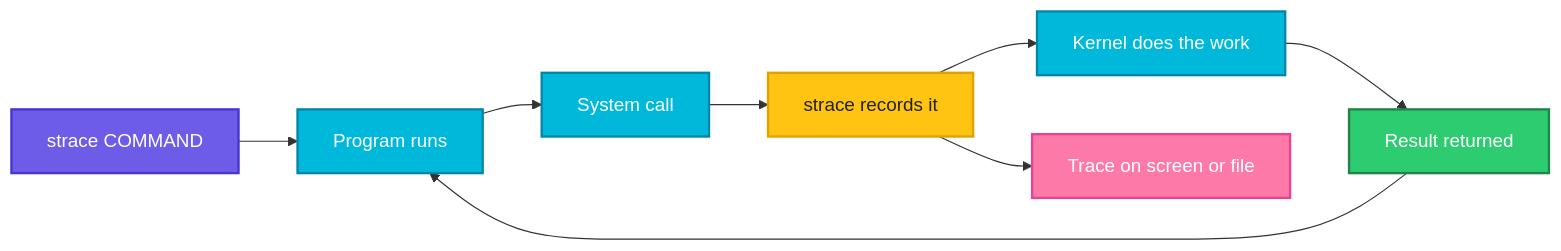
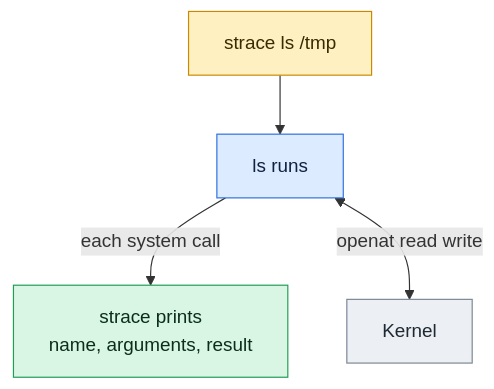
One commit to codeKerdosTech/DevOps-Documentation changed the diagram in linux/process-management/strace.md. Above: the diagram before and after it, drawn with Mermaid. The commit also changed other lines of this file and 165 other files, not shown here.

Commit message:
updated diagrams in linux

````diff
--- a/linux/process-management/strace.md
+++ b/linux/process-management/strace.md
@@ -15,20 +15,15 @@
 ```mermaid
-flowchart LR
-    A[strace COMMAND] --> B[Program runs]
-    B --> C[System call]
-    C --> D[strace records it]
-    D --> E[Kernel does the work]
-    E --> F[Result returned]
-    F --> B
-    D --> G[Trace on screen or file]
-    classDef start fill:#6C5CE7,stroke:#4834D4,stroke-width:2px,color:#fff
-    classDef proc fill:#00B8D9,stroke:#0087A8,stroke-width:2px,color:#fff
-    classDef dec fill:#FFC312,stroke:#E1A100,stroke-width:2px,color:#222
-    classDef ok fill:#2ECC71,stroke:#1E8449,stroke-width:2px,color:#fff
-    classDef out fill:#FD79A8,stroke:#E84393,stroke-width:2px,color:#fff
-    class A start
-    class B,C,E proc
-    class D dec
-    class F ok
-    class G out
+flowchart TD
+    c1[strace ls /tmp] --> i1[ls runs]
+    i1 -->|each system call| o1[strace prints<br/>name, arguments, result]
+    i1 <-->|openat  read  write| n1[Kernel]
+    classDef inp fill:#DCEBFF,stroke:#2F6FDE,color:#10213F
+    classDef cmd fill:#FFF0C2,stroke:#C98A00,color:#3A2A00
+    classDef out fill:#D9F5E3,stroke:#1F9D55,color:#0B2E1A
+    classDef bad fill:#FDE0E0,stroke:#D13B3B,color:#4A0F0F
+    classDef note fill:#ECEFF3,stroke:#7B8794,color:#1F2933
+    class c1 cmd
+    class i1 inp
+    class o1 out
+    class n1 note
 ```
````
